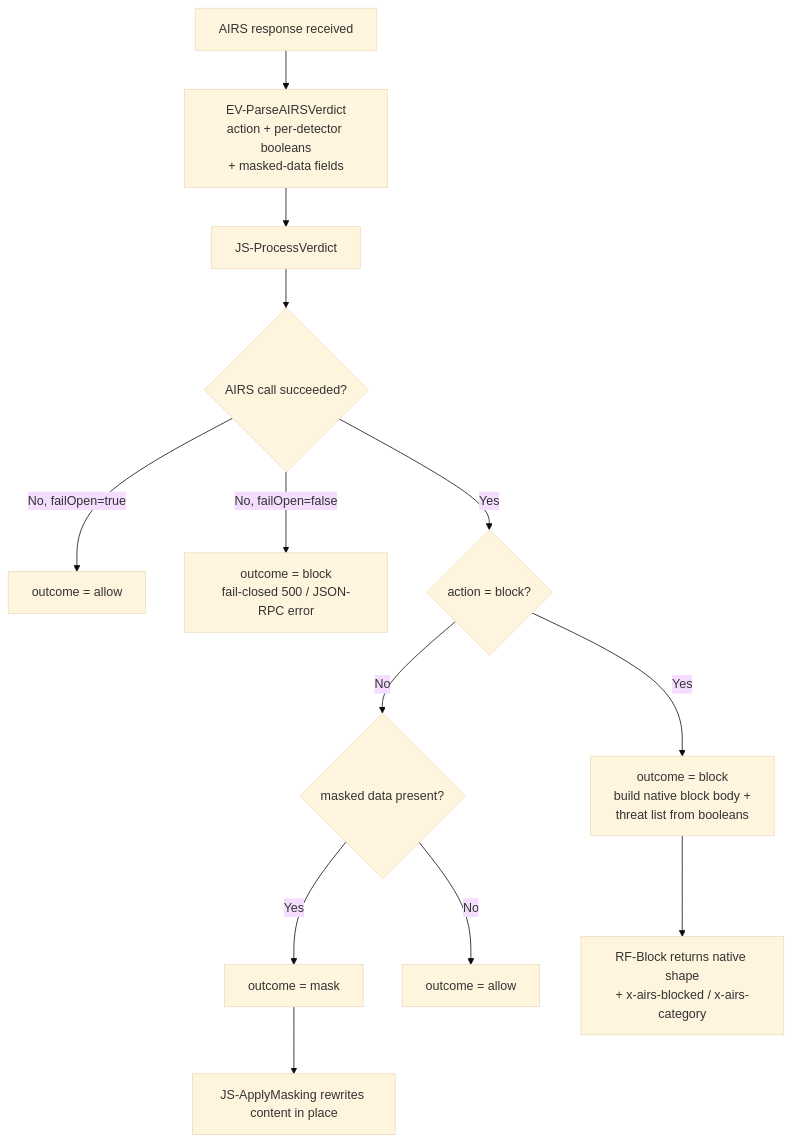
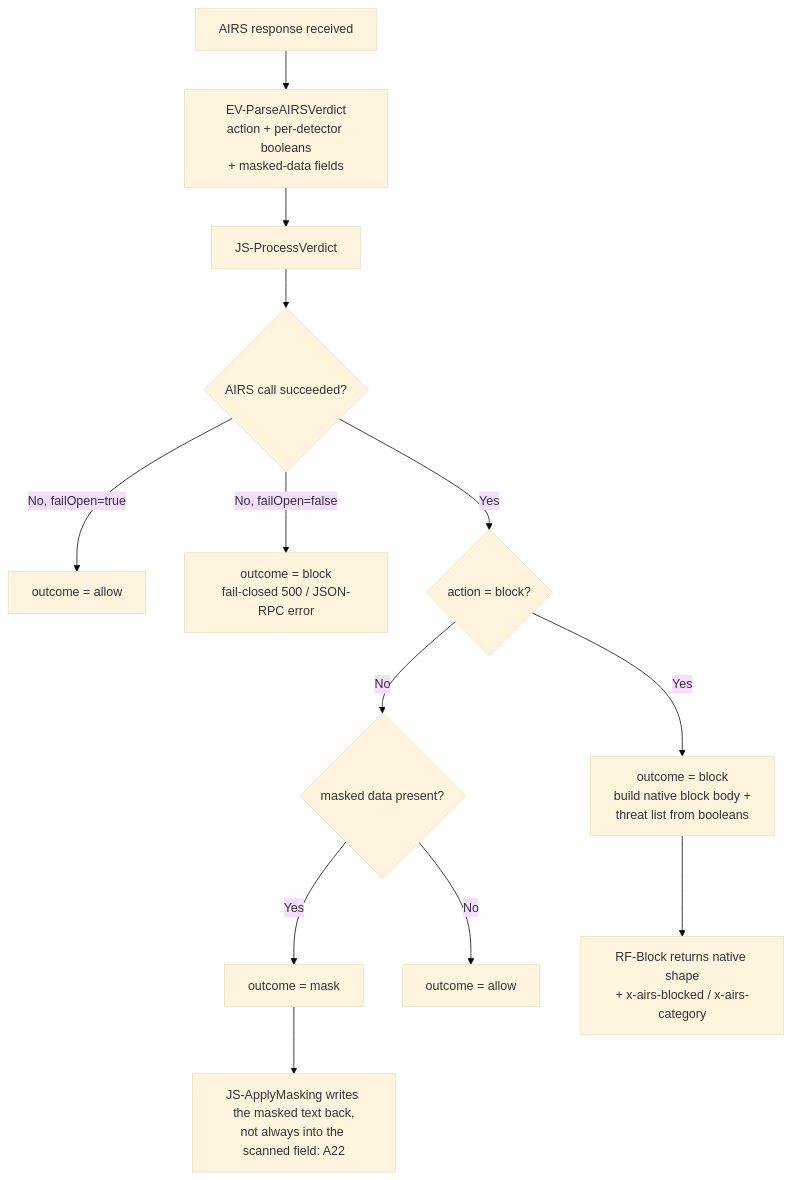
Before and after one commit to PaloAltoNetworks/prisma-airs-integrations: the fourth of 5 diagrams in Google/apigee/sharedflow/ARCHITECTURE.md, drawn with Mermaid (base theme). The commit also changed other lines of this file and 5 other files, not shown here.

````diff
--- a/Google/apigee/sharedflow/ARCHITECTURE.md
+++ b/Google/apigee/sharedflow/ARCHITECTURE.md
@@ -166,15 +170,15 @@
 ```mermaid
 flowchart TD
     A[AIRS response received] --> B[EV-ParseAIRSVerdict<br/>action + per-detector booleans<br/>+ masked-data fields]
     B --> C[JS-ProcessVerdict]
     C --> D{AIRS call succeeded?}
     D -->|No, failOpen=true| ALLOW[outcome = allow]
     D -->|No, failOpen=false| BLK1[outcome = block<br/>fail-closed 500 / JSON-RPC error]
     D -->|Yes| E{action = block?}
     E -->|Yes| BLK2[outcome = block<br/>build native block body +<br/>threat list from booleans]
     E -->|No| F{masked data present?}
     F -->|Yes| MASK[outcome = mask]
     F -->|No| ALLOW2[outcome = allow]
     BLK2 --> RF[RF-Block returns native shape<br/>+ x-airs-blocked / x-airs-category]
-    MASK --> AM[JS-ApplyMasking rewrites content in place]
+    MASK --> AM[JS-ApplyMasking writes the masked text back,<br/>not always into the scanned field: A22]
 ```
````
